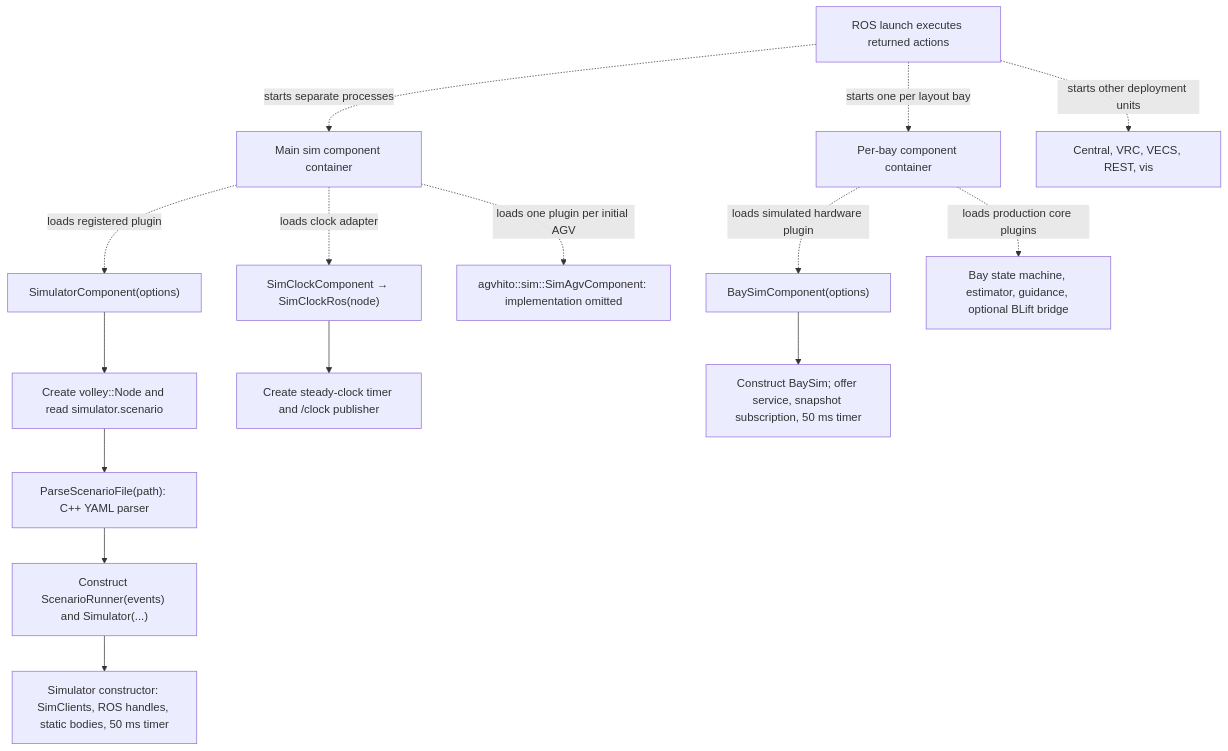
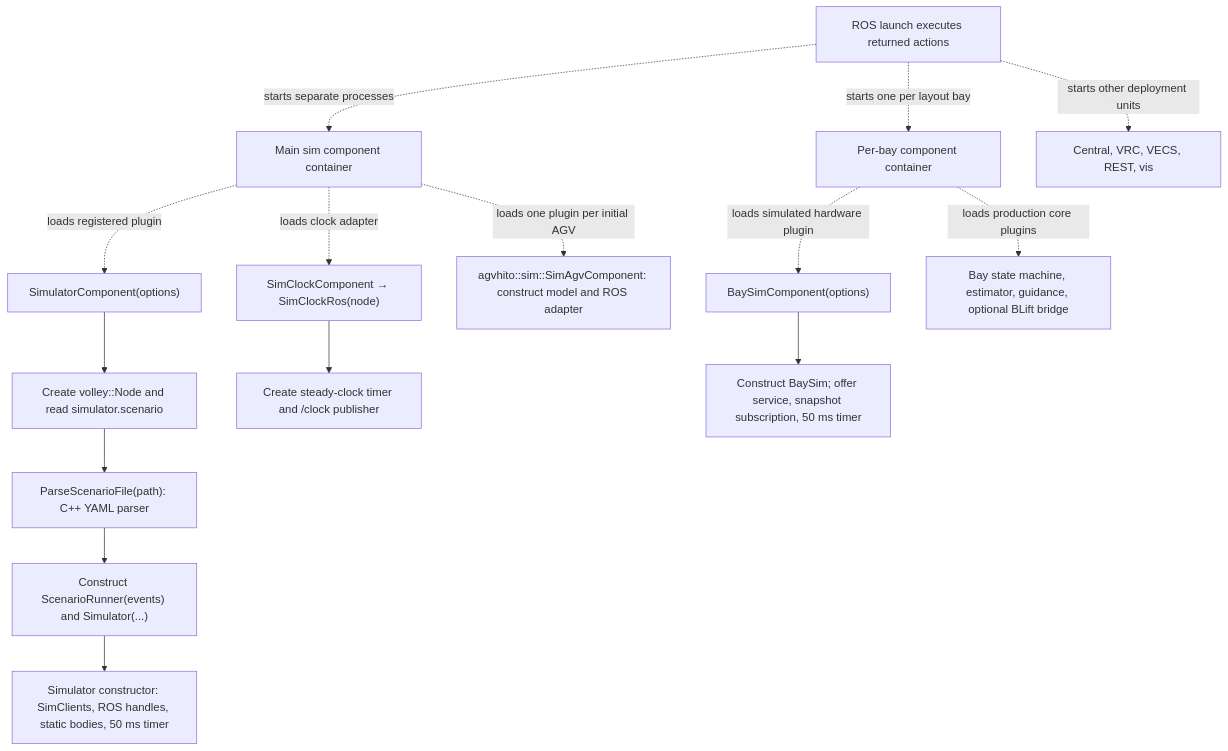
The fifth of 8 diagrams in subsystems/sim/volley_launcher_package.md (volleyjgonzales/volley_notes), drawn with Mermaid before and after one commit. The commit also changed other lines of this file and 8 other files, not shown here.

Commit message:
feat(volley_notes): add agvhito package content for sim

````diff
--- a/subsystems/sim/volley_launcher_package.md
+++ b/subsystems/sim/volley_launcher_package.md
@@ -266,17 +267,17 @@
 ```mermaid
 flowchart TD
     L["ROS launch executes returned actions"] -. "starts separate processes" .-> C["Main sim component container"]
     L -. "starts one per layout bay" .-> B["Per-bay component container"]
     L -. "starts other deployment units" .-> X["Central, VRC, VECS, REST, vis"]
     C -. "loads registered plugin" .-> S["SimulatorComponent(options)"]
     S --> N["Create volley::Node and read simulator.scenario"]
     N --> P["ParseScenarioFile(path): C++ YAML parser"]
     P --> O["Construct ScenarioRunner(events) and Simulator(...)"]
     O --> I["Simulator constructor: SimClients, ROS handles, static bodies, 50 ms timer"]
     C -. "loads clock adapter" .-> K["SimClockComponent → SimClockRos(node)"]
     K --> KT["Create steady-clock timer and /clock publisher"]
-    C -. "loads one plugin per initial AGV" .-> A["agvhito::sim::SimAgvComponent: implementation omitted"]
+    C -. "loads one plugin per initial AGV" .-> A["agvhito::sim::SimAgvComponent: construct model and ROS adapter"]
     B -. "loads simulated hardware plugin" .-> H["BaySimComponent(options)"]
     H --> HB["Construct BaySim; offer service, snapshot subscription, 50 ms timer"]
     B -. "loads production core plugins" .-> BC["Bay state machine, estimator, guidance, optional BLift bridge"]
 ```
````
